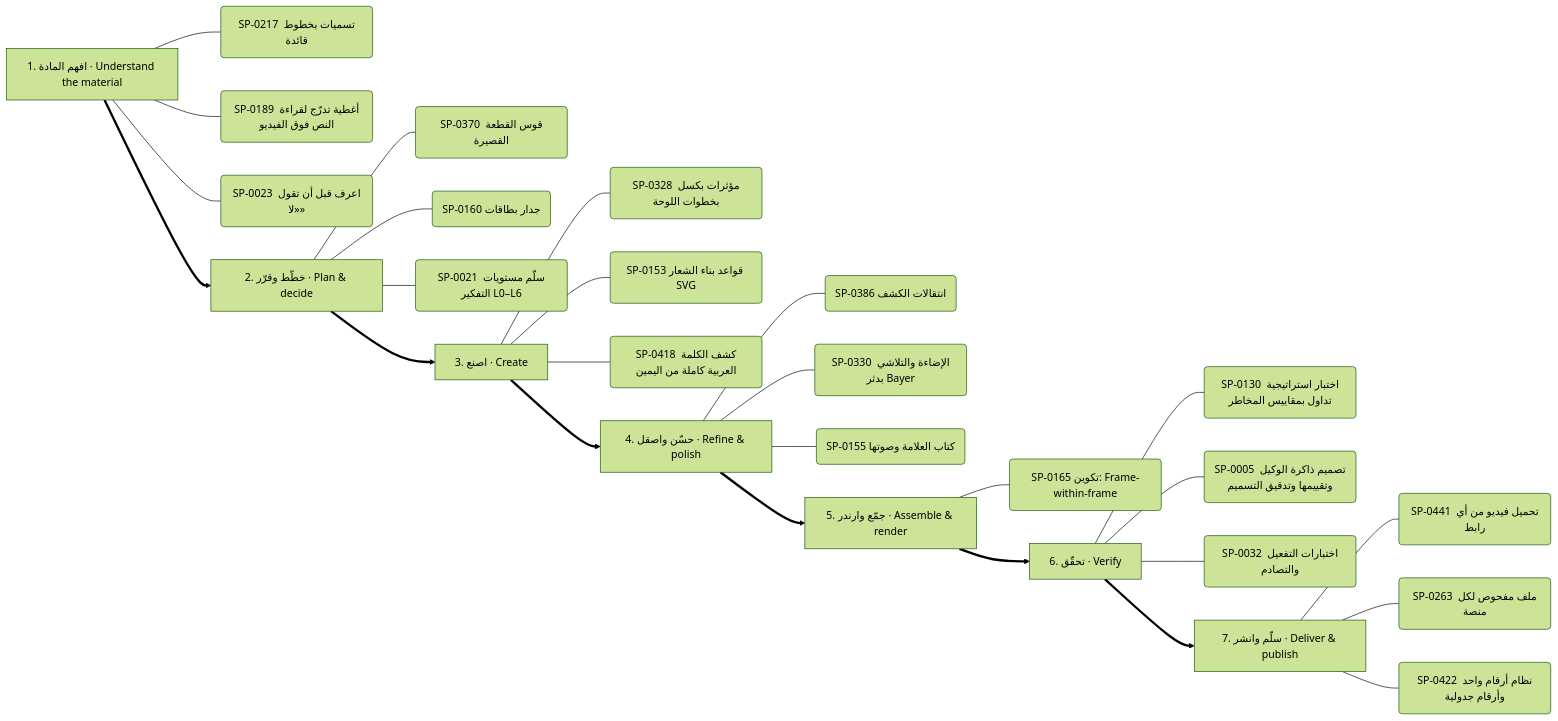
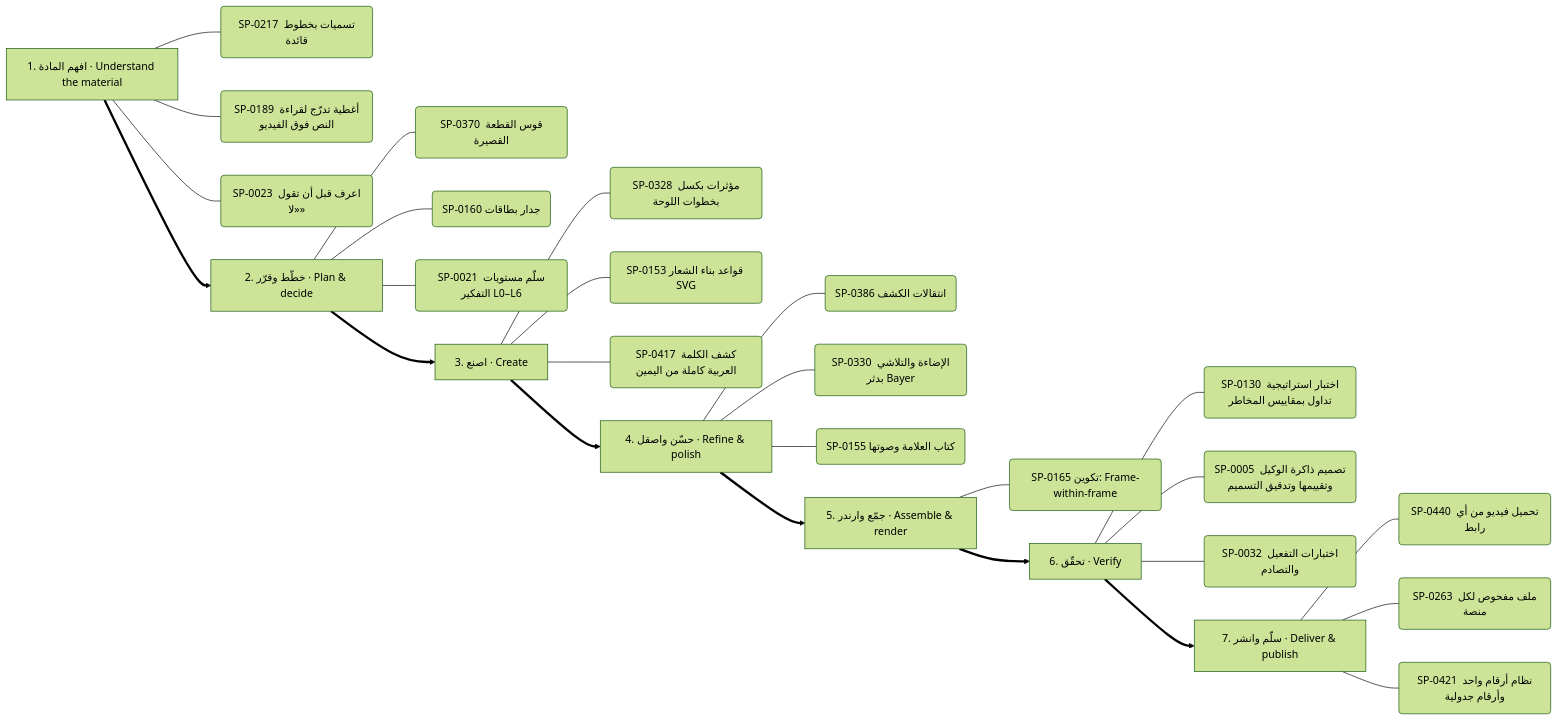
One commit to kosif199022-jpg/kosif-tool changed the sixth of 13 diagrams in .claude/skills/kosif-superpowers/references/capability-mindmap.md. Above: the diagram before and after it, drawn with Mermaid (forest theme). The commit also changed other lines of this file and 25 other files, not shown here.

````diff
--- a/.claude/skills/kosif-superpowers/references/capability-mindmap.md
+++ b/.claude/skills/kosif-superpowers/references/capability-mindmap.md
@@ -314,35 +314,35 @@
 ```mermaid
 flowchart LR
   S0["1. افهم المادة · Understand the material"]
   S0 --- S0_0("SP-0217 تسميات بخطوط قائدة")
   S0 --- S0_1("SP-0189 أغطية تدرّج لقراءة النص فوق الفيديو")
   S0 --- S0_2("SP-0023 اعرف قبل أن تقول «لا»")
   S1["2. خطّط وقرّر · Plan & decide"]
   S1 --- S1_0("SP-0370 قوس القطعة القصيرة")
   S1 --- S1_1("SP-0160 جدار بطاقات")
   S1 --- S1_2("SP-0021 سلّم مستويات التفكير L0–L6")
   S0 ==> S1
   S2["3. اصنع · Create"]
   S2 --- S2_0("SP-0328 مؤثرات بكسل بخطوات اللوحة")
   S2 --- S2_1("SP-0153 قواعد بناء الشعار SVG")
-  S2 --- S2_2("SP-0418 كشف الكلمة العربية كاملة من اليمين")
+  S2 --- S2_2("SP-0417 كشف الكلمة العربية كاملة من اليمين")
   S1 ==> S2
   S3["4. حسّن واصقل · Refine & polish"]
   S3 --- S3_0("SP-0386 انتقالات الكشف")
   S3 --- S3_1("SP-0330 الإضاءة والتلاشي بدثر Bayer")
   S3 --- S3_2("SP-0155 كتاب العلامة وصوتها")
   S2 ==> S3
   S4["5. جمّع وارندر · Assemble & render"]
   S4 --- S4_0("SP-0165 تكوين: Frame-within-frame")
   S3 ==> S4
   S5["6. تحقّق · Verify"]
   S5 --- S5_0("SP-0130 اختبار استراتيجية تداول بمقاييس المخاطر")
   S5 --- S5_1("SP-0005 تصميم ذاكرة الوكيل وتقييمها وتدقيق التسميم")
   S5 --- S5_2("SP-0032 اختبارات التفعيل والتصادم")
   S4 ==> S5
   S6["7. سلّم وانشر · Deliver & publish"]
-  S6 --- S6_0("SP-0441 تحميل فيديو من أي رابط")
+  S6 --- S6_0("SP-0440 تحميل فيديو من أي رابط")
   S6 --- S6_1("SP-0263 ملف مفحوص لكل منصة")
-  S6 --- S6_2("SP-0422 نظام أرقام واحد وأرقام جدولية")
+  S6 --- S6_2("SP-0421 نظام أرقام واحد وأرقام جدولية")
   S5 ==> S6
 ```
````
